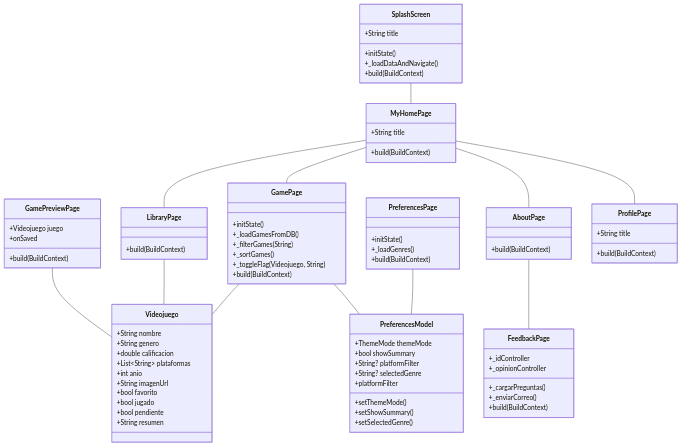
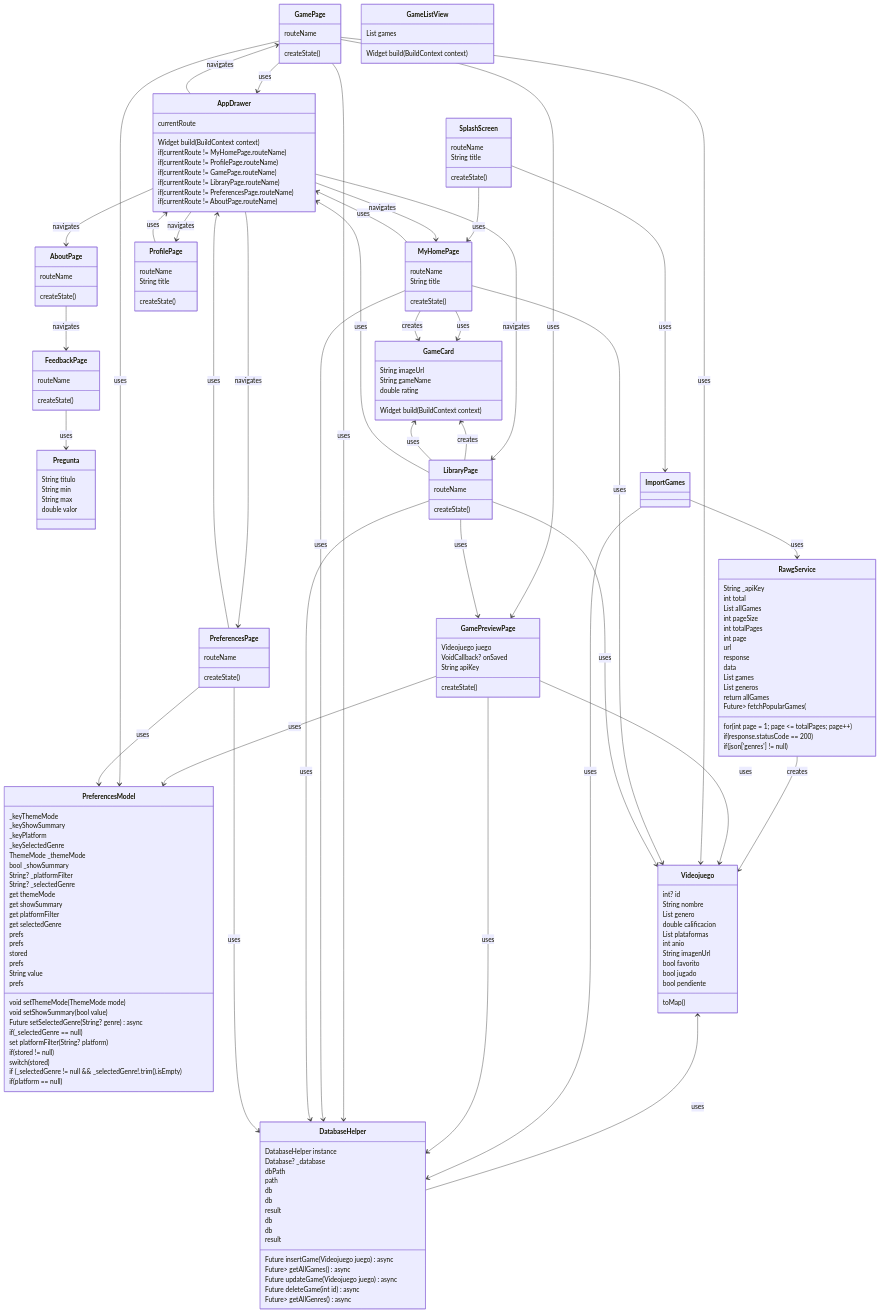
The diagram in README.md (etoPok/dataNime), drawn with Mermaid before and after one commit. The commit also changed other lines of this file and 1 other file, not shown here.

Commit message:
Readme diagrama y eliminacion de basura

````diff
--- a/README.md
+++ b/README.md
@@ -75,93 +78,187 @@
 ``` mermaid 
 classDiagram
-    class Videojuego {
-        +String nombre
-        +String genero
-        +double calificacion
-        +List~String~ plataformas
-        +int anio
-        +String imagenUrl
-        +bool favorito
-        +bool jugado
-        +bool pendiente
-        +String resumen
-    }
+class PreferencesModel {
+  _keyThemeMode
+  _keyShowSummary
+  _keyPlatform
+  _keySelectedGenre
+  ThemeMode _themeMode
+  bool _showSummary
+  String? _platformFilter
+  String? _selectedGenre
+  get themeMode
+  get showSummary
+  get platformFilter
+  get selectedGenre
+  prefs
+  prefs
+  stored
+  prefs
+  String value
+  prefs
+  void setThemeMode(ThemeMode mode)
+  void setShowSummary(bool value)
+  Future<void> setSelectedGenre(String? genre) async
+  if (_selectedGenre == null)
+  set platformFilter(String? platform)
+  if (stored != null)
+  switch (stored)
+  if (_selectedGenre != null && _selectedGenre!.trim().isEmpty)
+  if (platform == null)
+}
+class DatabaseHelper {
+  DatabaseHelper instance
+  Database? _database
+  dbPath
+  path
+  db
+  db
+  result
+  db
+  db
+  result
+  Future<void> insertGame(Videojuego juego) async
+  Future<List<Videojuego>> getAllGames() async
+  Future<void> updateGame(Videojuego juego) async
+  Future<void> deleteGame(int id) async
+  Future<List<String>> getAllGenres() async
+}
 
-    class GamePage {
-        +initState()
-        +_loadGamesFromDB()
-        +_filterGames(String)
-        +_sortGames()
-        +_toggleFlag(Videojuego, String)
-        +build(BuildContext)
-    }
+class RawgService {
+  String _apiKey
+  int total
+  List<Videojuego> allGames
+  int pageSize
+  int totalPages
+  int page
+  url
+  response
+  data
+  List<dynamic> games
+  List<String> generos
+  return allGames
+  Future<List<Videojuego>> fetchPopularGames(
+  for (int page = 1; page <= totalPages; page++)
+  if (response.statusCode == 200)
+  if (json['genres'] != null)
+}
+class Pregunta {
+  String titulo
+  String min
+  String max
+  double valor
+}
+class Videojuego {
+  int? id
+  String nombre
+  List<String> genero
+  double calificacion
+  List<String> plataformas
+  int anio
+  String imagenUrl
+  bool favorito
+  bool jugado
+  bool pendiente
+  toMap()
+}
+class AboutPage {
+  routeName
+  createState()
+}
+class FeedbackPage {
+  routeName
+  createState()
+}
+class GamePreviewPage {
+  Videojuego juego
+  VoidCallback? onSaved
+  String apiKey
+  createState()
+}
+class GamePage {
+  routeName
+  createState()
+}
+class MyHomePage {
+  routeName
+  String title
+  createState()
+}
+class LibraryPage {
+  routeName
+  createState()
+}
+class PreferencesPage {
+  routeName
+  createState()
+}
+class ProfilePage {
+  routeName
+  String title
+  createState()
+}
+class SplashScreen {
+  routeName
+  String title
+  createState()
+}
+class AppDrawer {
+  currentRoute
+  Widget build(BuildContext context)
+  if (currentRoute != MyHomePage.routeName)
+  if (currentRoute != ProfilePage.routeName)
+  if (currentRoute != GamePage.routeName)
+  if (currentRoute != LibraryPage.routeName)
+  if (currentRoute != PreferencesPage.routeName)
+  if (currentRoute != AboutPage.routeName)
+}
+class GameCard {
+  String imageUrl
+  String gameName
+  double rating
+  Widget build(BuildContext context)
+}
+class GameListView {
+  List<Widget> games
+  Widget build(BuildContext context)
+}
+Videojuego <-- DatabaseHelper : uses
+RawgService --> Videojuego : creates
+ImportGames --> RawgService : uses
+ImportGames --> DatabaseHelper : uses
+GamePreviewPage --> Videojuego : uses
+GamePreviewPage --> DatabaseHelper : uses
+GamePreviewPage --> PreferencesModel : uses
+GamePage --> Videojuego : uses
+GamePage --> DatabaseHelper : uses
+GamePage --> PreferencesModel : uses
+GamePage --> AppDrawer : uses
+GamePage --> GamePreviewPage : uses
+MyHomePage --> Videojuego : uses
+MyHomePage --> DatabaseHelper : uses
+MyHomePage --> GameCard : uses
+MyHomePage --> AppDrawer : uses
+LibraryPage --> Videojuego : uses
+LibraryPage --> DatabaseHelper : uses
+LibraryPage --> GameCard : uses
+LibraryPage --> AppDrawer : uses
+LibraryPage --> GamePreviewPage : uses
+PreferencesPage --> PreferencesModel : uses
+PreferencesPage --> DatabaseHelper : uses
+PreferencesPage --> AppDrawer : uses
+ProfilePage --> AppDrawer : uses
+SplashScreen --> ImportGames : uses
+SplashScreen --> MyHomePage : uses
+AppDrawer --> MyHomePage : navigates
+AppDrawer --> PreferencesPage : navigates
+AppDrawer --> ProfilePage : navigates
+AppDrawer --> GamePage : navigates
+AppDrawer --> LibraryPage : navigates
+AppDrawer --> AboutPage : navigates
+GameCard <-- MyHomePage : creates
+GameCard <-- LibraryPage : creates
+FeedbackPage --> Pregunta : uses
+AboutPage --> FeedbackPage : navigates
 
-    class LibraryPage {
-        +build(BuildContext)
-    }
-
-    class GamePreviewPage {
-        +Videojuego juego
-        +onSaved
-        +build(BuildContext)
-    }
-
-    class MyHomePage {
-        +String title
-        +build(BuildContext)
-    }
-
-    class AboutPage {
-        +build(BuildContext)
-    }
-
-    class PreferencesPage {
-        +initState()
-        +_loadGenres()
-        +build(BuildContext)
-    }
-
-    class FeedbackPage {
-        +_idController
-        +_opinionController
-        +_cargarPreguntas()
-        +_enviarCorreo()
-        +build(BuildContext)
-    }
-
-    class SplashScreen {
-        +String title
-        +initState()
-        +_loadDataAndNavigate()
-        +build(BuildContext)
-    }
-
-    class PreferencesModel {
-        +ThemeMode themeMode
-        +bool showSummary
-        +String? platformFilter
-        +String? selectedGenre
-        +setThemeMode()
-        +setShowSummary()
-        +setSelectedGenre()
-        +platformFilter
-    }
-
-    class ProfilePage {
-        +String title
-        +build(BuildContext)
-    }
-
-    GamePage -- Videojuego
-    LibraryPage -- Videojuego
-    GamePreviewPage -- Videojuego
-    SplashScreen -- MyHomePage
-    MyHomePage -- GamePage
-    MyHomePage -- LibraryPage
-    MyHomePage -- AboutPage
-    MyHomePage -- ProfilePage
-    AboutPage -- FeedbackPage
-    PreferencesPage -- PreferencesModel
-    GamePage -- PreferencesModel
 
 ```
````
